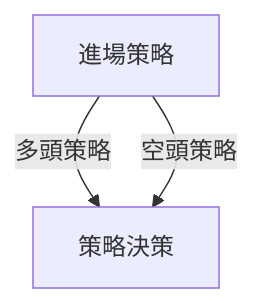
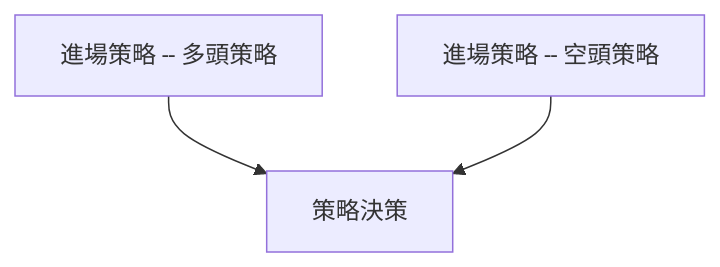
Before and after one commit to yennanliu/finance_data: the ninth of 10 diagrams in ai_gen_report/stock/ktos/technical_analysis_2026-04-08_openai.md, drawn with Mermaid. The commit also changed other lines of this file and 2258 other files, not shown here.

First line of the commit message:
chore: backfill Mermaid syntax repair across existing reports

````diff
--- a/ai_gen_report/stock/ktos/technical_analysis_2026-04-08_openai.md
+++ b/ai_gen_report/stock/ktos/technical_analysis_2026-04-08_openai.md
@@ -324,5 +324,5 @@
 ```mermaid
 graph TD
-    進場策略 -- 多頭策略 --> 策略決策
-    進場策略 -- 空頭策略 --> 策略決策
+    nb1["進場策略 -- 多頭策略"] --> 策略決策
+    nb2["進場策略 -- 空頭策略"] --> 策略決策
 ```
````
